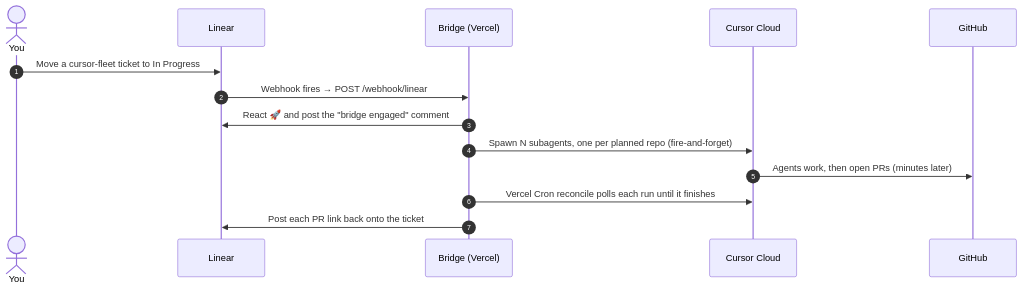
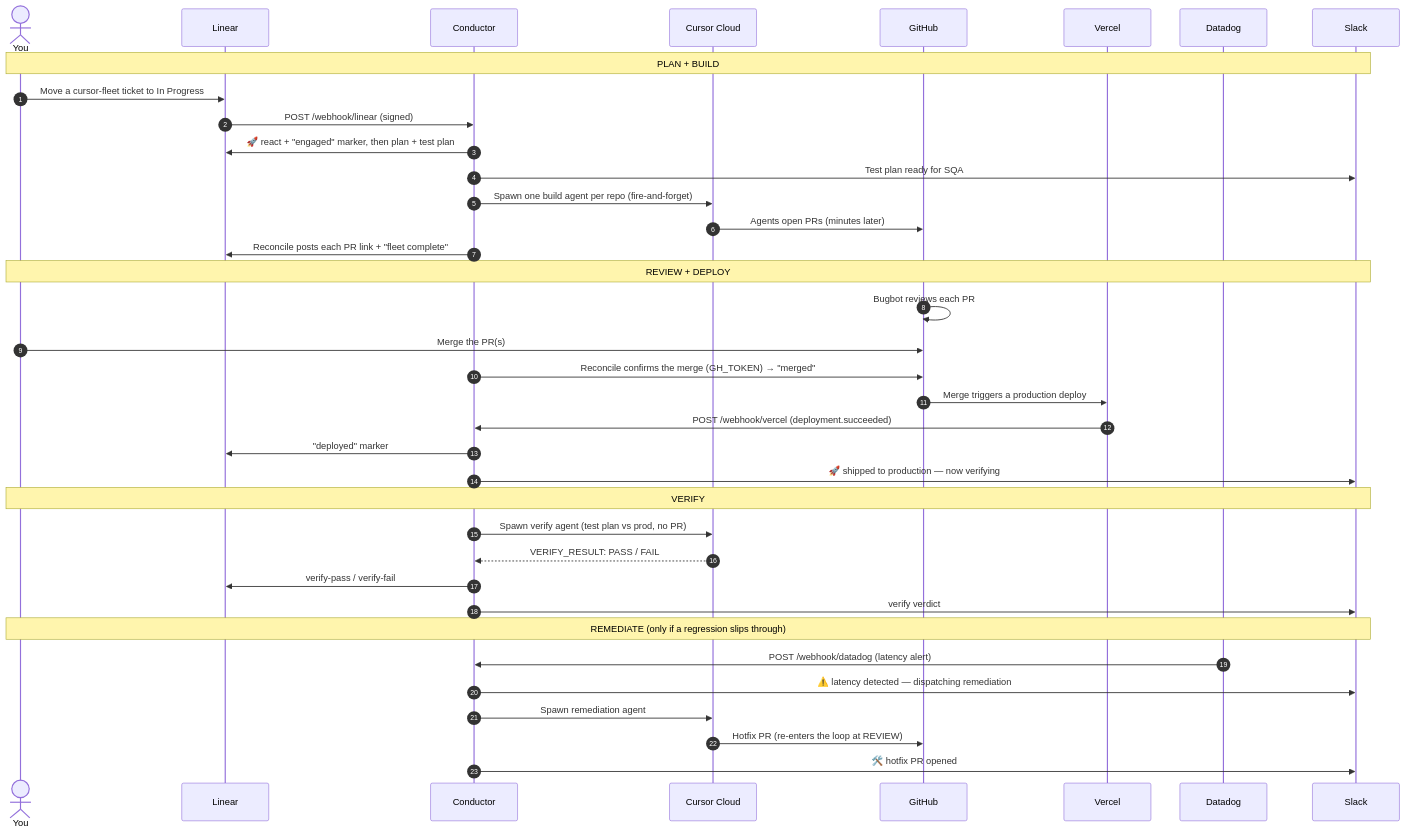
One commit to hsaab/conductor changed the second of 7 diagrams in ARCHITECTURE.md. Above: the diagram before and after it, drawn with Mermaid. The commit also changed other lines of this file and 7 other files, not shown here.

Commit message:
fix vercel deployment hook

````diff
--- a/ARCHITECTURE.md
+++ b/ARCHITECTURE.md
@@ -15,17 +57,43 @@
 ```mermaid
 sequenceDiagram
     autonumber
     actor You
     participant Linear
-    participant Bridge as Bridge (Vercel)
+    participant Conductor
     participant Cloud as Cursor Cloud
     participant GitHub
+    participant Vercel
+    participant Datadog
+    participant Slack
 
+    Note over You,Slack: PLAN + BUILD
     You->>Linear: Move a cursor-fleet ticket to In Progress
-    Linear->>Bridge: Webhook fires → POST /webhook/linear
-    Bridge->>Linear: React 🚀 and post the "bridge engaged" comment
-    Bridge->>Cloud: Spawn N subagents, one per planned repo (fire-and-forget)
-    Cloud->>GitHub: Agents work, then open PRs (minutes later)
-    Bridge->>Cloud: Vercel Cron reconcile polls each run until it finishes
-    Bridge->>Linear: Post each PR link back onto the ticket
+    Linear->>Conductor: POST /webhook/linear (signed)
+    Conductor->>Linear: 🚀 react + "engaged" marker, then plan + test plan
+    Conductor->>Slack: Test plan ready for SQA
+    Conductor->>Cloud: Spawn one build agent per repo (fire-and-forget)
+    Cloud->>GitHub: Agents open PRs (minutes later)
+    Conductor->>Linear: Reconcile posts each PR link + "fleet complete"
+
+    Note over You,Slack: REVIEW + DEPLOY
+    GitHub->>GitHub: Bugbot reviews each PR
+    You->>GitHub: Merge the PR(s)
+    Conductor->>GitHub: Reconcile confirms the merge (GH_TOKEN) → "merged"
+    GitHub->>Vercel: Merge triggers a production deploy
+    Vercel->>Conductor: POST /webhook/vercel (deployment.succeeded)
+    Conductor->>Linear: "deployed" marker
+    Conductor->>Slack: 🚀 shipped to production — now verifying
+
+    Note over You,Slack: VERIFY
+    Conductor->>Cloud: Spawn verify agent (test plan vs prod, no PR)
+    Cloud-->>Conductor: VERIFY_RESULT: PASS / FAIL
+    Conductor->>Linear: verify-pass / verify-fail
+    Conductor->>Slack: verify verdict
+
+    Note over You,Slack: REMEDIATE (only if a regression slips through)
+    Datadog->>Conductor: POST /webhook/datadog (latency alert)
+    Conductor->>Slack: ⚠️ latency detected — dispatching remediation
+    Conductor->>Cloud: Spawn remediation agent
+    Cloud->>GitHub: Hotfix PR (re-enters the loop at REVIEW)
+    Conductor->>Slack: 🛠️ hotfix PR opened
 ```
````
